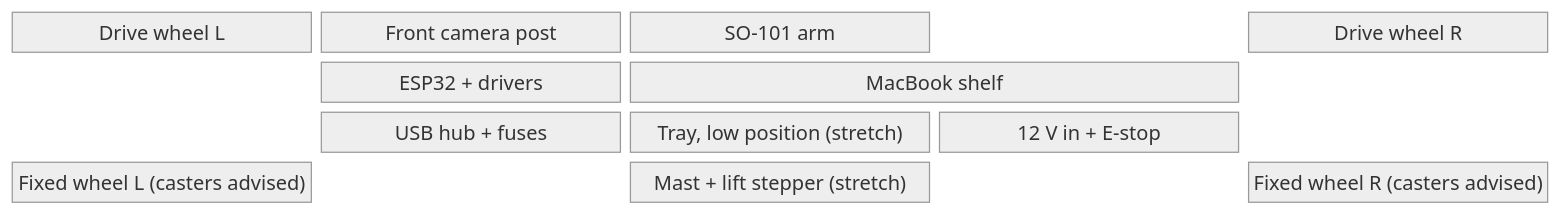
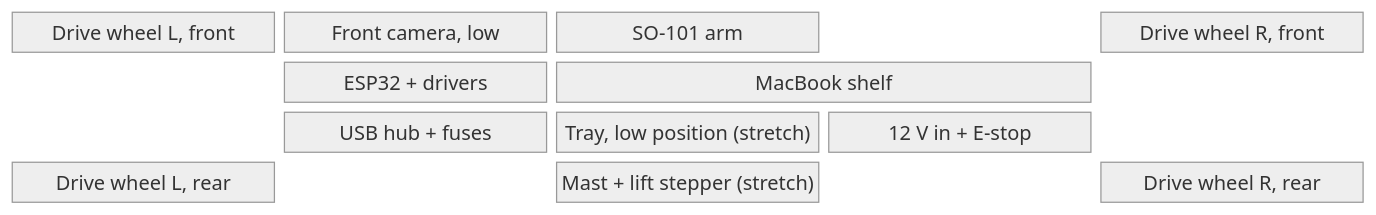
The fourth of 12 diagrams in plan.md (aarooshpravici/AutoPick-CalHacks), drawn with Mermaid (neutral theme) before and after one commit. The commit also changed other lines of this file, not shown here.

First line of the commit message:
Plan: the base is four-wheel drive (skid steering), not two driven + two fixed

````diff
--- a/plan.md
+++ b/plan.md
@@ -168,8 +168,8 @@
 ```mermaid
 block-beta
   columns 5
-  WL["Drive wheel L"] CAM["Front camera post"] ARM["SO-101 arm"] space WR["Drive wheel R"]
+  WL["Drive wheel L, front"] CAM["Front camera, low"] ARM["SO-101 arm"] space WR["Drive wheel R, front"]
   space ESP["ESP32 + drivers"] MAC["MacBook shelf"]:2 space
   space HUB["USB hub + fuses"] TRAY["Tray, low position (stretch)"] PWR["12 V in + E-stop"] space
-  CL["Fixed wheel L (casters advised)"] space MAST["Mast + lift stepper (stretch)"] space CR["Fixed wheel R (casters advised)"]
+  CL["Drive wheel L, rear"] space MAST["Mast + lift stepper (stretch)"] space CR["Drive wheel R, rear"]
 ```
````
